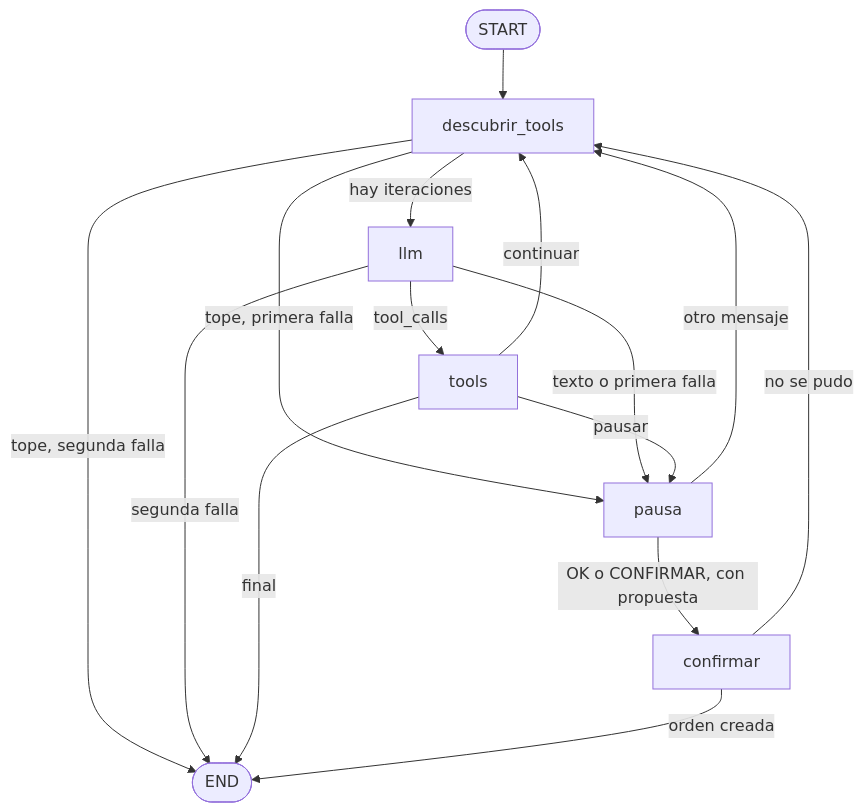
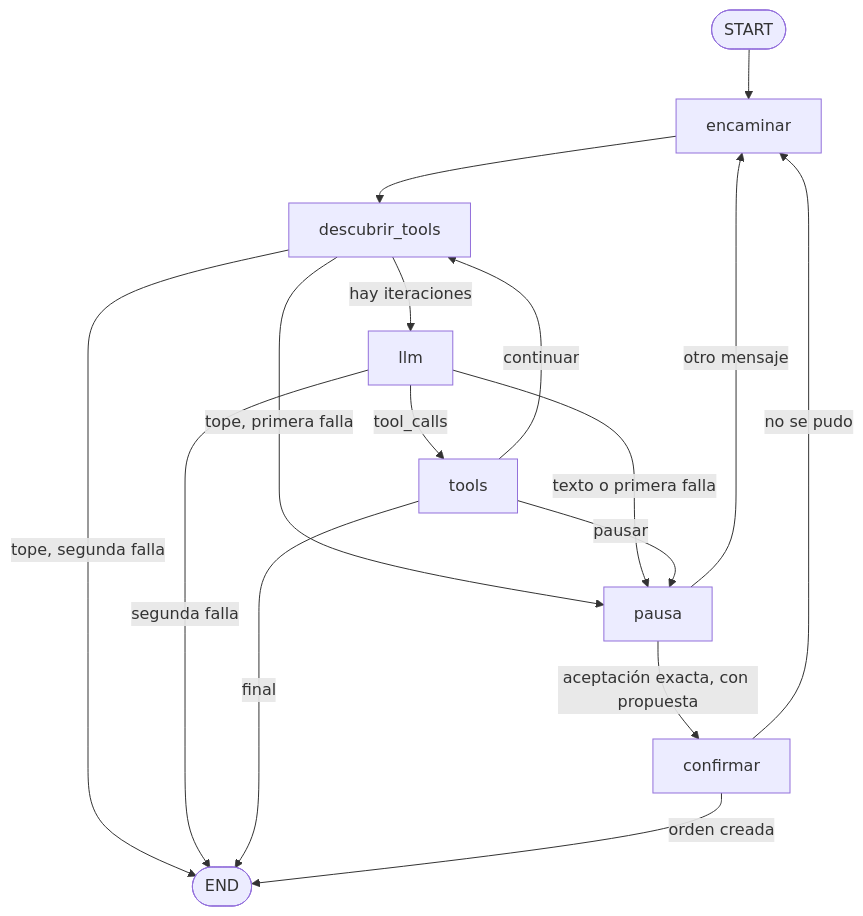
The third of 4 diagrams in docs/spec/agente.md (FernandoMRestelli/norma-agentic-ai), drawn with Mermaid before and after one commit. The commit also changed other lines of this file and 17 other files, not shown here.

````diff
--- a/docs/spec/agente.md
+++ b/docs/spec/agente.md
@@ -172,17 +173,18 @@
 ```mermaid
 flowchart TD
-    S([START]) --> D[descubrir_tools]
+    S([START]) --> R[encaminar]
+    R --> D[descubrir_tools]
     D -->|hay iteraciones| L[llm]
     D -->|tope, primera falla| P[pausa]
     D -->|tope, segunda falla| E([END])
     L -->|tool_calls| T[tools]
     L -->|texto o primera falla| P
     L -->|segunda falla| E
     T -->|continuar| D
     T -->|pausar| P
     T -->|final| E
-    P -->|otro mensaje| D
-    P -->|OK o CONFIRMAR, con propuesta| C[confirmar]
+    P -->|otro mensaje| R
+    P -->|aceptación exacta, con propuesta| C[confirmar]
     C -->|orden creada| E
-    C -->|no se pudo| D
+    C -->|no se pudo| R
 ```
````
